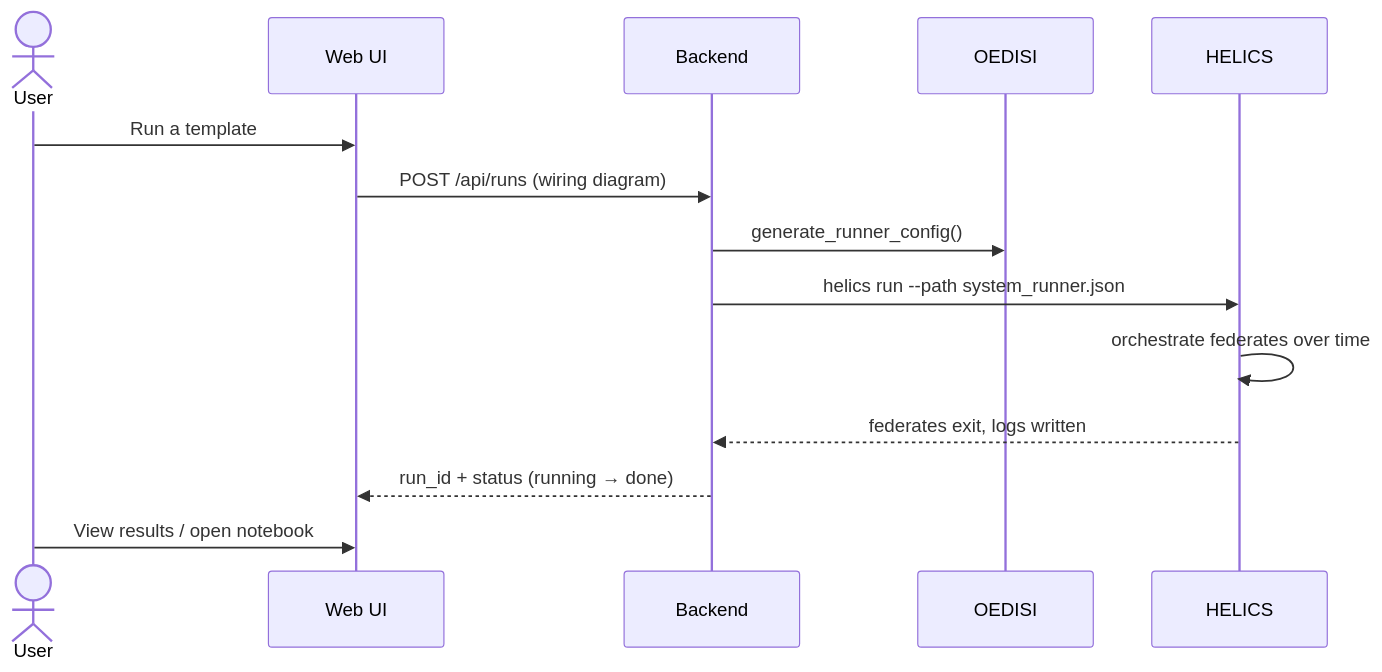
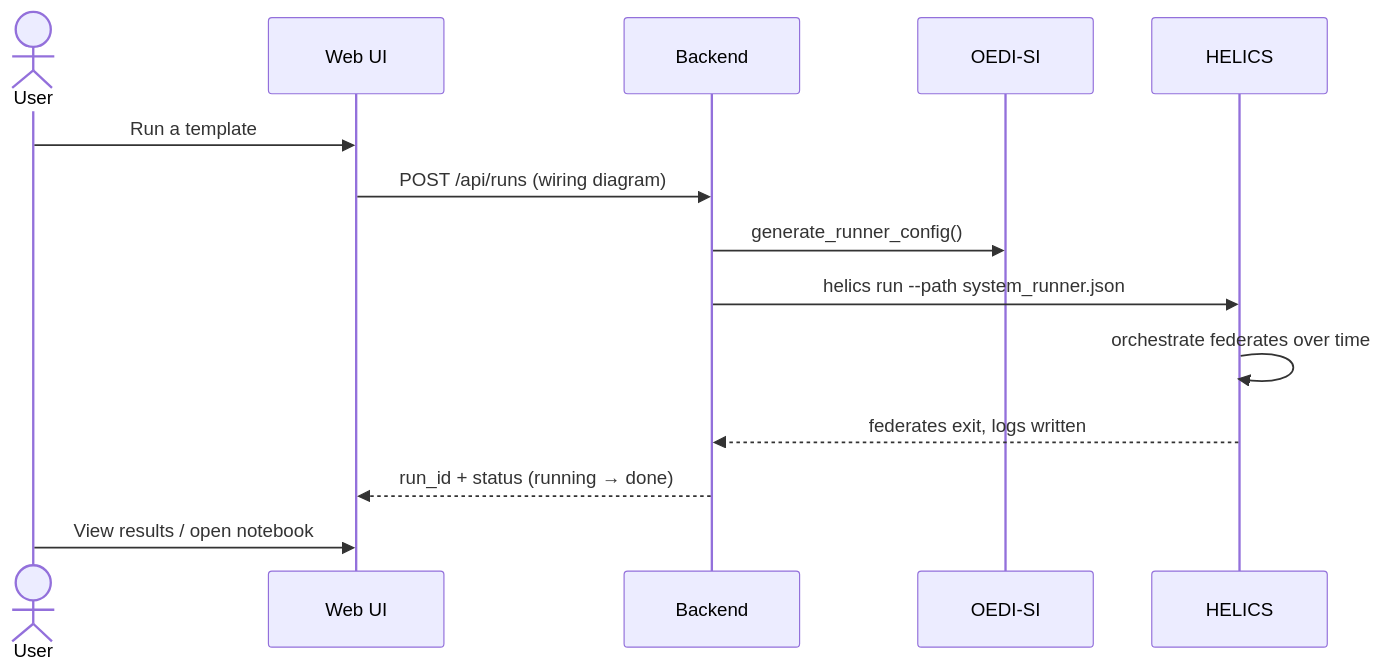
The second of 2 diagrams in docs/overview.md (openEDI/oedisi), drawn with Mermaid before and after one commit. The commit also changed other lines of this file and 21 other files, not shown here.

Commit message:
OEDISI to OEDI_SI update

````diff
--- a/docs/overview.md
+++ b/docs/overview.md
@@ -52,16 +52,16 @@
 ```{mermaid}
 sequenceDiagram
   actor User
   participant UI as Web UI
   participant API as Backend
-  participant OEDISI
+  participant OEDI-SI
   participant HELICS
   User->>UI: Run a template
   UI->>API: POST /api/runs (wiring diagram)
-  API->>OEDISI: generate_runner_config()
+  API->>OEDI-SI: generate_runner_config()
   API->>HELICS: helics run --path system_runner.json
   HELICS->>HELICS: orchestrate federates over time
   HELICS-->>API: federates exit, logs written
   API-->>UI: run_id + status (running → done)
   User->>UI: View results / open notebook
 ```
````
